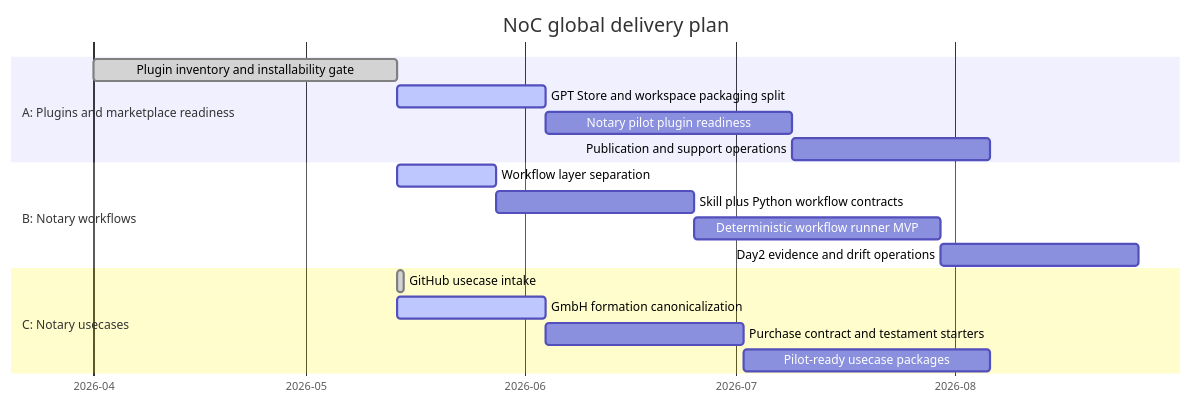
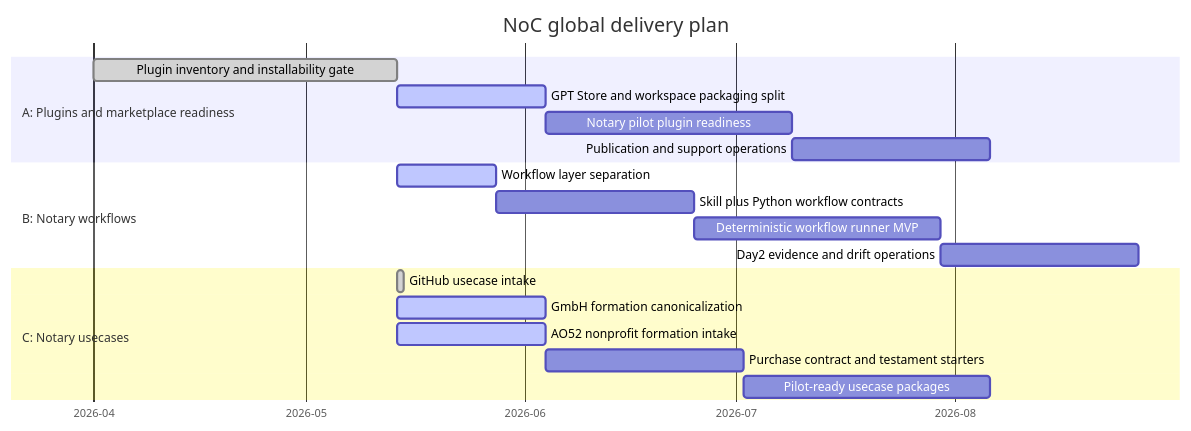
The diagram in roadmap/GANTT.md (notariat8/NaC), drawn with Mermaid before and after one commit. The commit also changed other lines of this file and 12 other files, not shown here.

Commit message:
Add AO52aaS nonprofit usecase

````diff
--- a/roadmap/GANTT.md
+++ b/roadmap/GANTT.md
@@ -12,24 +12,25 @@
 ```mermaid
 gantt
     title NoC global delivery plan
     dateFormat  YYYY-MM-DD
     axisFormat  %Y-%m
 
     section A: Plugins and marketplace readiness
     Plugin inventory and installability gate     :done,    a1, 2026-04-01, 2026-05-14
     GPT Store and workspace packaging split      :active,  a2, 2026-05-14, 21d
     Notary pilot plugin readiness                :         a3, after a2, 35d
     Publication and support operations           :         a4, after a3, 28d
 
     section B: Notary workflows
     Workflow layer separation                    :active,  b1, 2026-05-14, 14d
     Skill plus Python workflow contracts         :         b2, after b1, 28d
     Deterministic workflow runner MVP            :         b3, after b2, 35d
     Day2 evidence and drift operations           :         b4, after b3, 28d
 
     section C: Notary usecases
     GitHub usecase intake                        :done,    c1, 2026-05-14, 1d
     GmbH formation canonicalization              :active,  c2, 2026-05-14, 21d
-    Purchase contract and testament starters     :         c3, after c2, 28d
-    Pilot-ready usecase packages                 :         c4, after c3, 35d
+    AO52 nonprofit formation intake              :active,  c3, 2026-05-14, 21d
+    Purchase contract and testament starters     :         c4, after c3, 28d
+    Pilot-ready usecase packages                 :         c5, after c4, 35d
 ```
````
